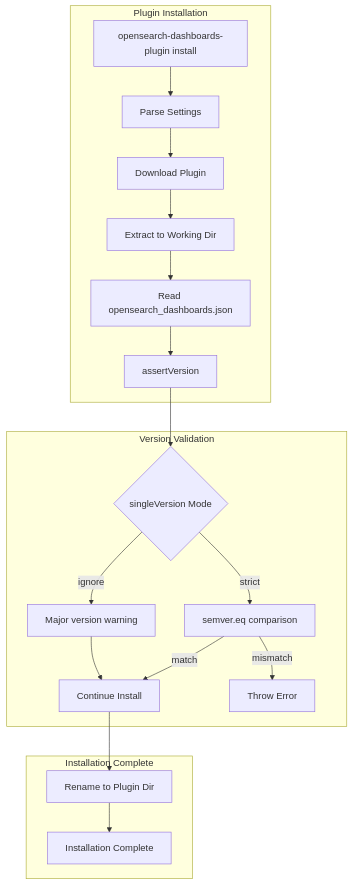
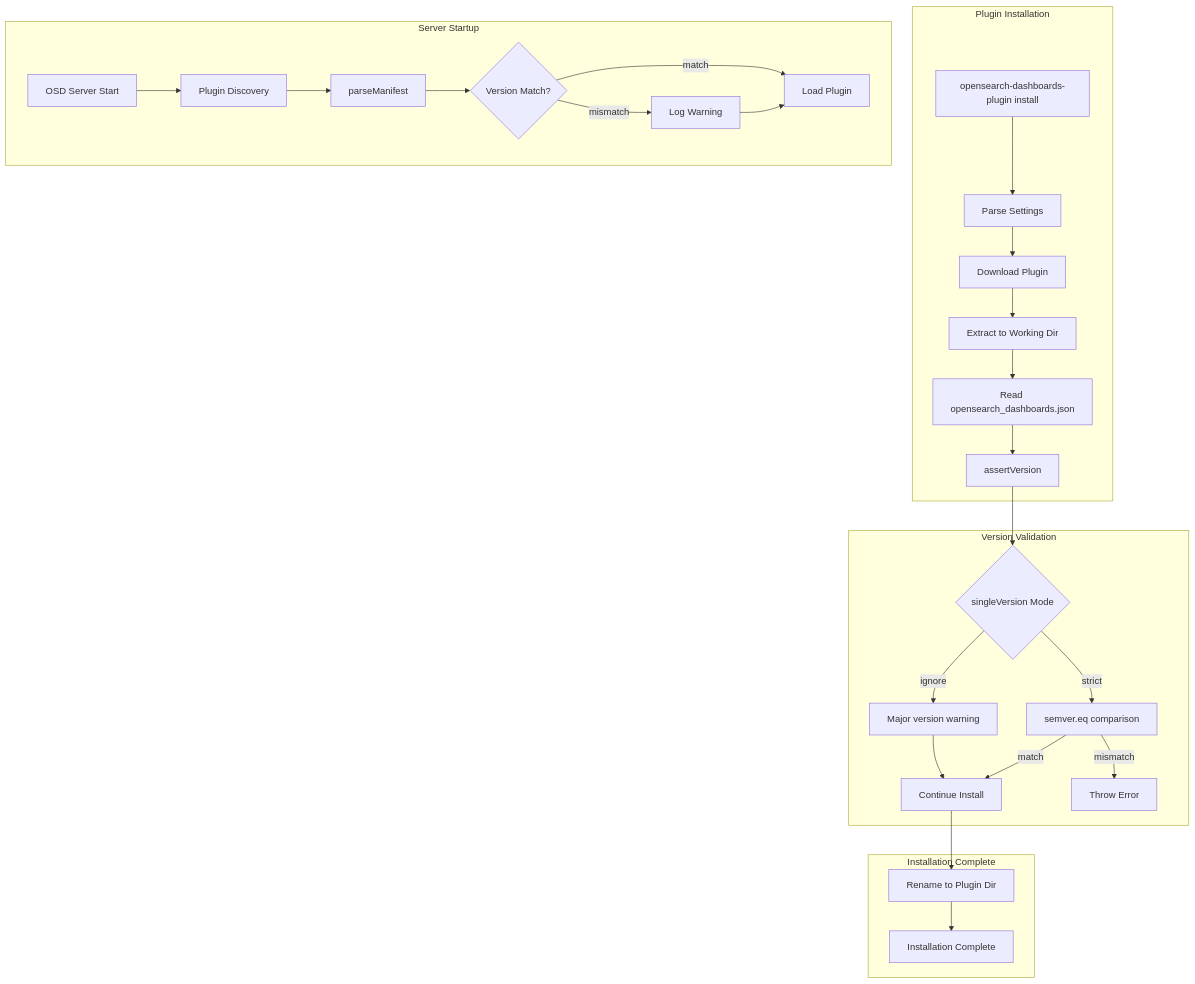
The diagram in docs/features/opensearch-dashboards/opensearch-dashboards-plugin-compatibility.md (tkykenmt/opensearch-feature-explorer), drawn with Mermaid before and after one commit. The commit also changed other lines of this file and 2 other files, not shown here.

Commit message:
docs: add dashboards-plugin-compatibility report for v3.5.0 (#2556)

````diff
--- a/docs/features/opensearch-dashboards/opensearch-dashboards-plugin-compatibility.md
+++ b/docs/features/opensearch-dashboards/opensearch-dashboards-plugin-compatibility.md
@@ -15,24 +15,33 @@
 ```mermaid
 graph TB
     subgraph "Plugin Installation"
         CLI[opensearch-dashboards-plugin install] --> Settings[Parse Settings]
         Settings --> Download[Download Plugin]
         Download --> Extract[Extract to Working Dir]
         Extract --> ReadManifest[Read opensearch_dashboards.json]
         ReadManifest --> Validate[assertVersion]
     end
     
     subgraph "Version Validation"
         Validate --> CheckMode{singleVersion Mode}
         CheckMode -->|strict| StrictCheck[semver.eq comparison]
         CheckMode -->|ignore| IgnoreCheck[Major version warning]
         StrictCheck -->|match| Success[Continue Install]
         StrictCheck -->|mismatch| Fail[Throw Error]
         IgnoreCheck --> Success
     end
     
+    subgraph "Server Startup"
+        Boot[OSD Server Start] --> Discover[Plugin Discovery]
+        Discover --> ParseManifest[parseManifest]
+        ParseManifest --> VersionCheck{Version Match?}
+        VersionCheck -->|match| Load[Load Plugin]
+        VersionCheck -->|mismatch| Warn[Log Warning]
+        Warn --> Load
+    end
+    
     subgraph "Installation Complete"
         Success --> Rename[Rename to Plugin Dir]
         Rename --> Done[Installation Complete]
     end
 ```
````
